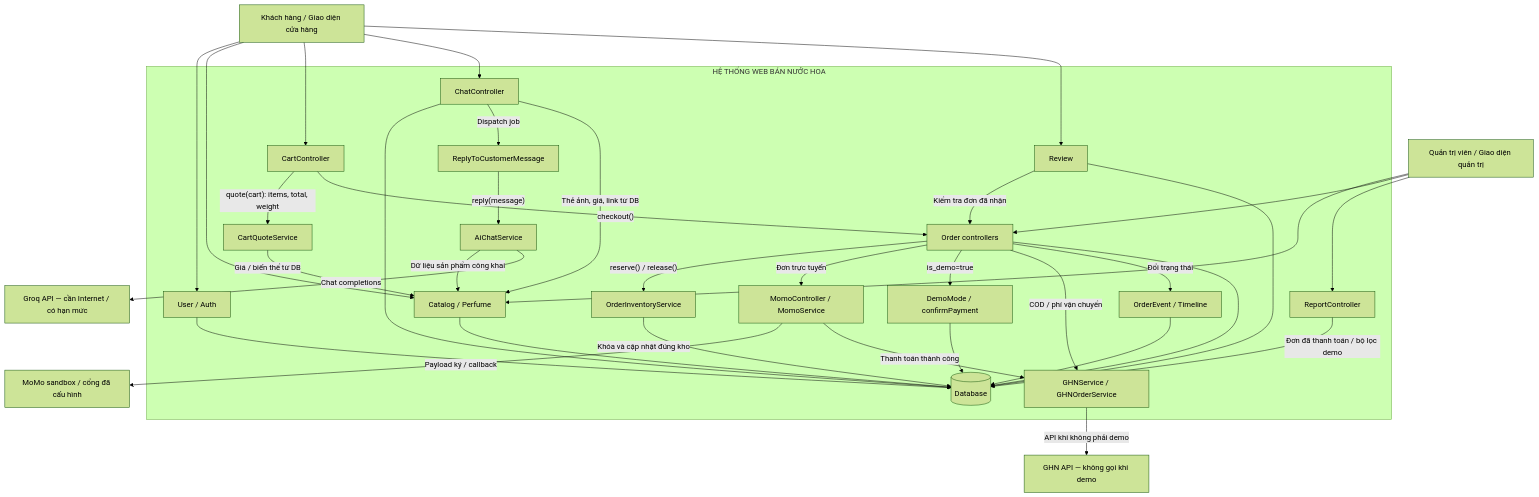
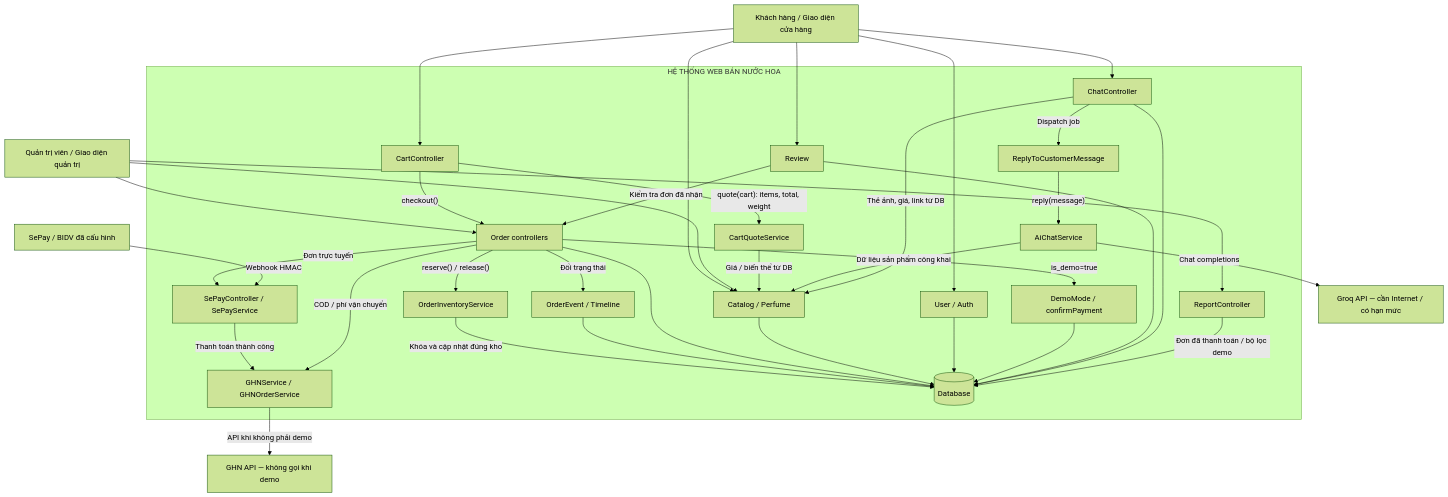
Before and after one commit to DuyJunior/webbannuochoa: the diagram in docs/architecture-and-demo.md, drawn with Mermaid (forest theme). The commit also changed other lines of this file and 56 other files, not shown here.

Commit message:
Replace MoMo checkout with secure SePay BIDV payments

````diff
--- a/docs/architecture-and-demo.md
+++ b/docs/architecture-and-demo.md
@@ -70,61 +70,61 @@
 ```mermaid
 flowchart TB
     Customer["Khách hàng / Giao diện cửa hàng"]
     Admin["Quản trị viên / Giao diện quản trị"]
     subgraph Application["HỆ THỐNG WEB BÁN NƯỚC HOA"]
         Auth["User / Auth"]
         Catalog["Catalog / Perfume"]
         Cart["CartController"]
         Quote["CartQuoteService"]
         Order["Order controllers"]
         Stock["OrderInventoryService"]
-        Pay["MomoController / MomoService"]
+        Pay["SePayController / SePayService"]
         Demo["DemoMode / confirmPayment"]
         Ship["GHNService / GHNOrderService"]
         Review["Review"]
         Chat["ChatController"]
         Queue["ReplyToCustomerMessage"]
         AI["AiChatService"]
         Report["ReportController"]
         Audit["OrderEvent / Timeline"]
         DB[("Database")]
     end
     Groq["Groq API — cần Internet / có hạn mức"]
-    MoMo["MoMo sandbox / cổng đã cấu hình"]
+    SePay["SePay / BIDV đã cấu hình"]
     GHN["GHN API — không gọi khi demo"]
 
     Customer --> Auth
     Customer --> Catalog
     Customer --> Cart
     Customer --> Chat
     Customer --> Review
     Admin --> Catalog
     Admin --> Order
     Admin --> Report
     Cart -->|"quote(cart): items, total, weight"| Quote
     Quote -->|"Giá / biến thể từ DB"| Catalog
     Cart -->|"checkout()"| Order
     Order -->|"reserve() / release()"| Stock
     Stock -->|"Khóa và cập nhật đúng kho"| DB
     Order -->|"Đơn trực tuyến"| Pay
     Order -->|"is_demo=true"| Demo
-    Pay -->|"Payload ký / callback"| MoMo
+    SePay -->|"Webhook HMAC"| Pay
     Pay -->|"Thanh toán thành công"| Ship
     Order -->|"COD / phí vận chuyển"| Ship
     Ship -->|"API khi không phải demo"| GHN
     Order -->|"Đổi trạng thái"| Audit
     Audit --> DB
     Order --> DB
     Catalog --> DB
     Auth --> DB
     Demo --> DB
     Review -->|"Kiểm tra đơn đã nhận"| Order
     Review --> DB
     Chat --> DB
     Chat -->|"Dispatch job"| Queue
     Queue -->|"reply(message)"| AI
     AI -->|"Dữ liệu sản phẩm công khai"| Catalog
     AI -->|"Chat completions"| Groq
     Chat -->|"Thẻ ảnh, giá, link từ DB"| Catalog
     Report -->|"Đơn đã thanh toán / bộ lọc demo"| DB
 ```
````
